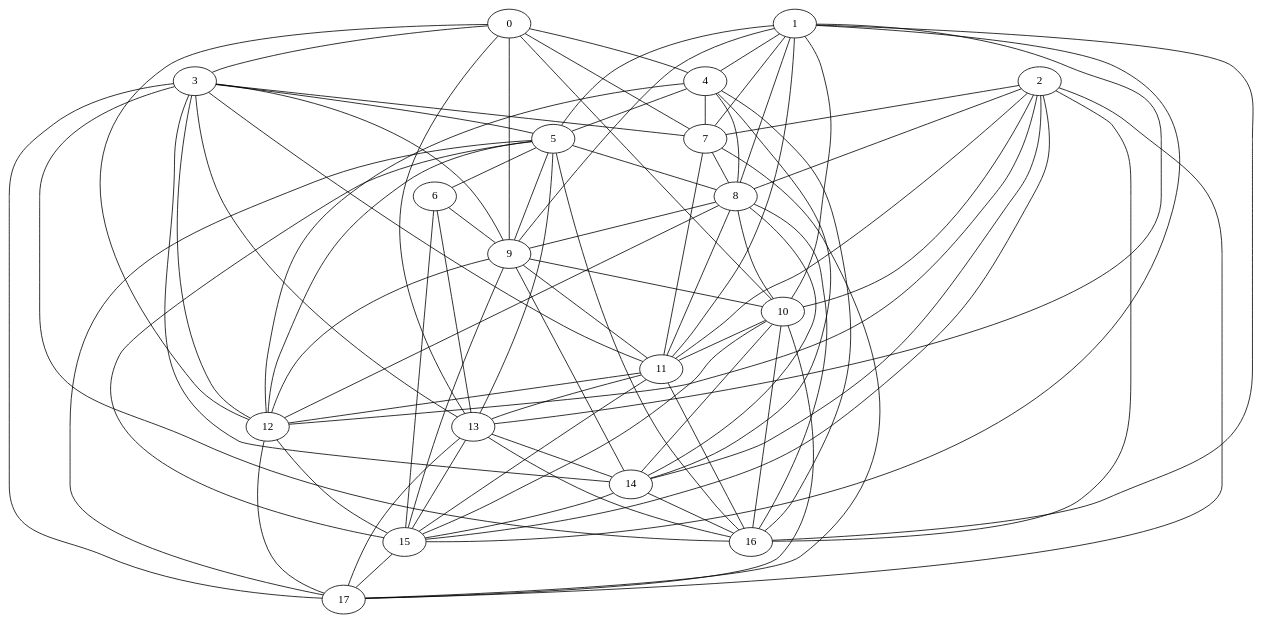
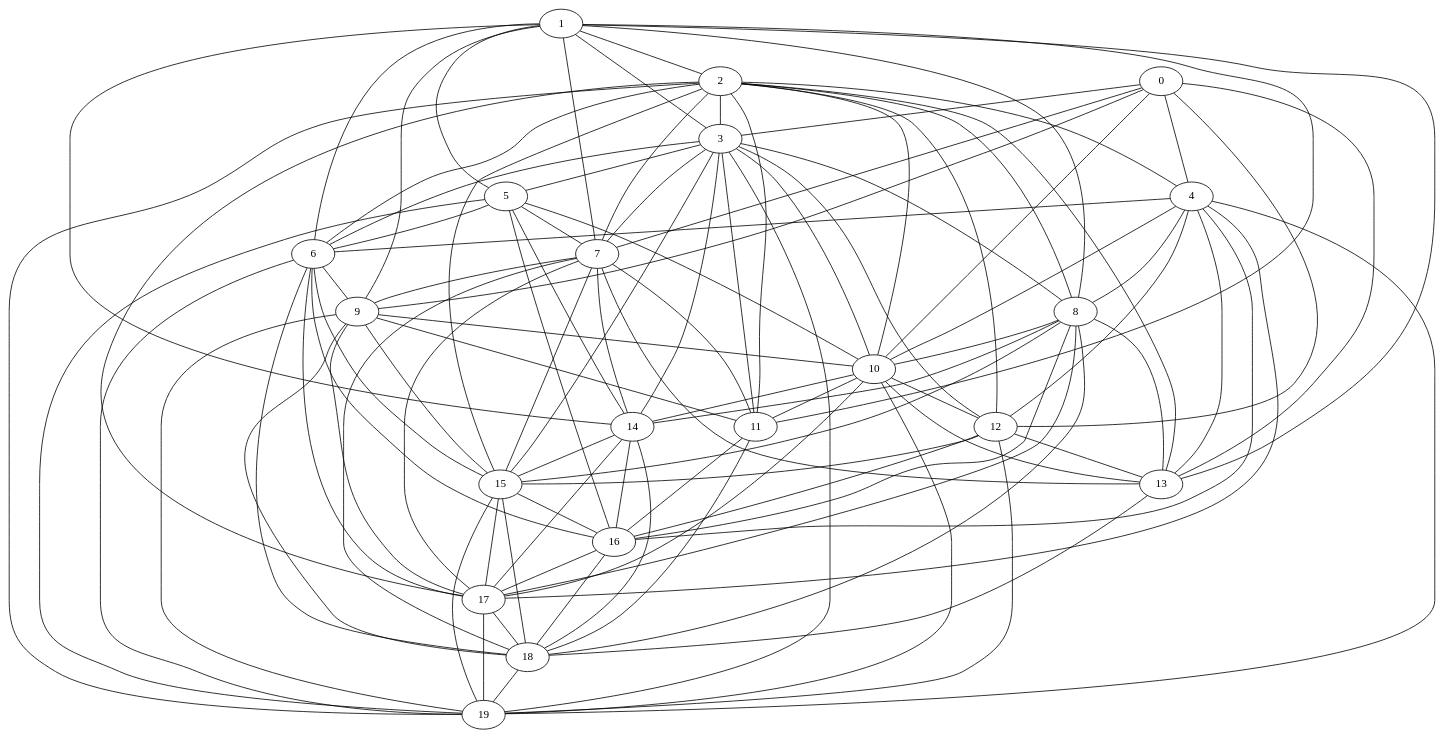
Before and after one commit to corentinckf/projetZ1: the diagram in partition/graph.dot, drawn with Graphviz. The commit also changed 25 other files, not shown here.

```diff
--- a/partition/graph.dot
+++ b/partition/graph.dot
@@ -1,104 +1,127 @@
 graph {
 	0
 	1
 	2
 	3
 	4
 	5
 	6
 	7
 	8
 	9
 	10
 	11
 	12
 	13
 	14
 	15
 	16
 	17
+	18
+	19
 	0 -- 3
 	0 -- 4
 	0 -- 7
 	0 -- 9
 	0 -- 10
 	0 -- 12
 	0 -- 13
-	1 -- 4
+	1 -- 2
+	1 -- 3
 	1 -- 5
+	1 -- 6
 	1 -- 7
 	1 -- 8
 	1 -- 9
-	1 -- 10
 	1 -- 11
 	1 -- 13
-	1 -- 15
-	1 -- 16
+	1 -- 14
+	2 -- 3
+	2 -- 4
+	2 -- 6
 	2 -- 7
 	2 -- 8
 	2 -- 10
 	2 -- 11
 	2 -- 12
-	2 -- 14
+	2 -- 13
 	2 -- 15
-	2 -- 16
 	2 -- 17
+	2 -- 19
 	3 -- 5
+	3 -- 6
 	3 -- 7
-	3 -- 9
+	3 -- 8
+	3 -- 10
 	3 -- 11
 	3 -- 12
-	3 -- 13
 	3 -- 14
-	3 -- 16
-	3 -- 17
-	4 -- 5
-	4 -- 7
+	3 -- 15
+	3 -- 19
+	4 -- 6
 	4 -- 8
+	4 -- 10
 	4 -- 12
-	4 -- 14
+	4 -- 13
 	4 -- 16
+	4 -- 17
+	4 -- 19
 	5 -- 6
-	5 -- 8
-	5 -- 9
-	5 -- 12
-	5 -- 13
-	5 -- 15
+	5 -- 7
+	5 -- 10
+	5 -- 14
 	5 -- 16
-	5 -- 17
+	5 -- 19
 	6 -- 9
-	6 -- 13
 	6 -- 15
-	7 -- 8
+	6 -- 16
+	6 -- 17
+	6 -- 18
+	6 -- 19
+	7 -- 9
 	7 -- 11
+	7 -- 13
+	7 -- 14
+	7 -- 15
 	7 -- 17
-	8 -- 9
+	7 -- 18
 	8 -- 10
-	8 -- 11
-	8 -- 12
+	8 -- 13
 	8 -- 14
+	8 -- 15
 	8 -- 16
+	8 -- 17
+	8 -- 18
 	9 -- 10
 	9 -- 11
-	9 -- 12
-	9 -- 14
 	9 -- 15
+	9 -- 17
+	9 -- 18
+	9 -- 19
 	10 -- 11
+	10 -- 12
+	10 -- 13
 	10 -- 14
-	10 -- 15
-	10 -- 16
 	10 -- 17
-	11 -- 12
-	11 -- 13
-	11 -- 15
+	10 -- 19
 	11 -- 16
+	11 -- 18
+	12 -- 13
 	12 -- 15
-	12 -- 17
-	13 -- 14
-	13 -- 15
-	13 -- 16
-	13 -- 17
+	12 -- 16
+	12 -- 19
+	13 -- 18
 	14 -- 15
 	14 -- 16
+	14 -- 17
+	14 -- 18
+	15 -- 16
 	15 -- 17
+	15 -- 18
+	15 -- 19
+	16 -- 17
+	16 -- 18
+	17 -- 18
+	17 -- 19
+	18 -- 19
 }
```
